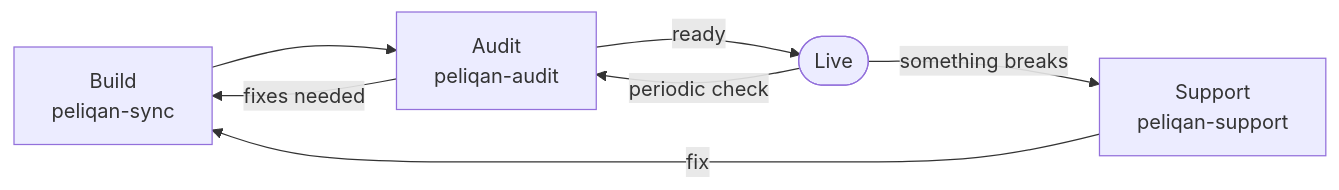
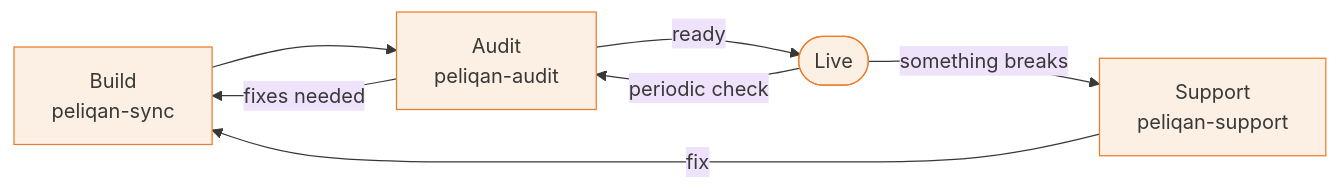
Before and after one commit to Peliqan-io/skills: the second of 2 diagrams in README.md, drawn with Mermaid. The commit also changed other lines of this file and 6 other files, not shown here.

````diff
--- a/README.md
+++ b/README.md
@@ -184,9 +195,10 @@
 ```mermaid
+%%{init: {'theme': 'base', 'themeVariables': {'primaryColor': '#FCEFE3', 'primaryBorderColor': '#ED7D2B', 'primaryTextColor': '#383838', 'lineColor': '#383838', 'fontFamily': 'Roboto, Helvetica, Arial, sans-serif'}}}%%
 flowchart LR
     B["Build<br/>peliqan-sync"] --> A["Audit<br/>peliqan-audit"]
     A -- "ready" --> L(["Live"])
     A -- "fixes needed" --> B
     L -- "periodic check" --> A
     L -- "something breaks" --> S["Support<br/>peliqan-support"]
     S -- "fix" --> B
 ```
````
